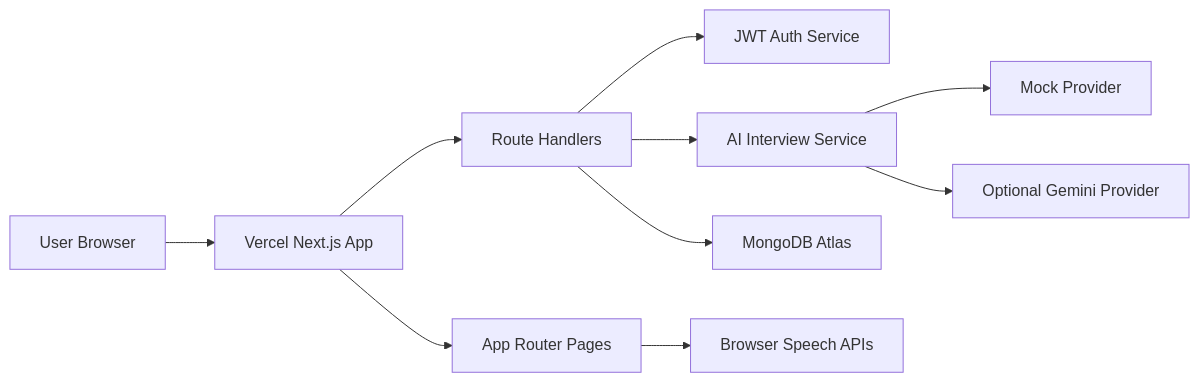
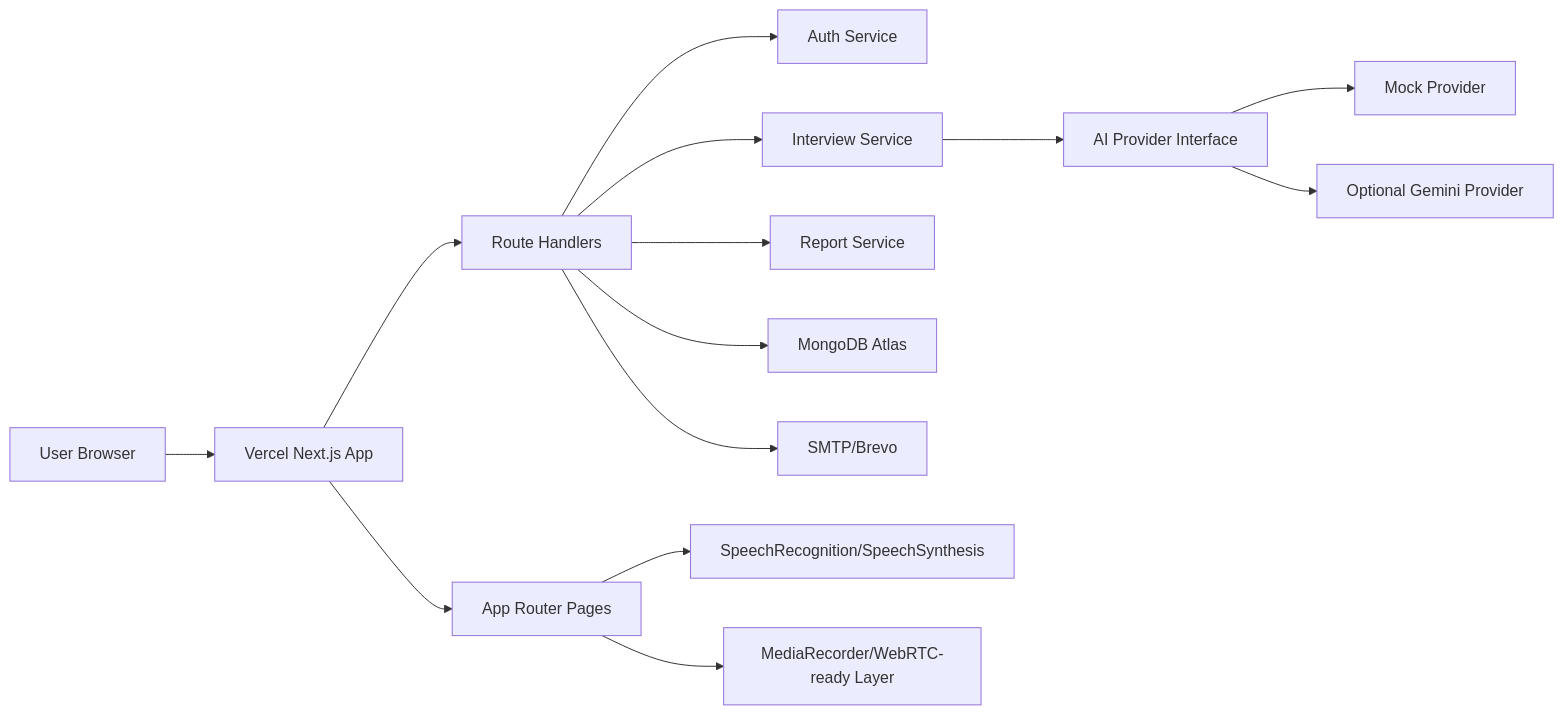
One commit to Rajtiwari0202/prepwise-ai changed the diagram in README.md. Above: the diagram before and after it, drawn with Mermaid. The commit also changed other lines of this file and 9 other files, not shown here.

````diff
--- a/README.md
+++ b/README.md
@@ -107,12 +135,16 @@
 ```mermaid
 flowchart LR
-  User["User Browser"] --> App["Vercel Next.js App"]
+  Browser["User Browser"] --> App["Vercel Next.js App"]
   App --> Pages["App Router Pages"]
   App --> API["Route Handlers"]
-  API --> Auth["JWT Auth Service"]
-  API --> AI["AI Interview Service"]
+  API --> Auth["Auth Service"]
+  API --> Interview["Interview Service"]
+  API --> Reports["Report Service"]
+  Interview --> AI["AI Provider Interface"]
   AI --> Mock["Mock Provider"]
   AI --> Gemini["Optional Gemini Provider"]
-  API --> DB["MongoDB Atlas"]
-  Pages --> Voice["Browser Speech APIs"]
+  API --> Mongo["MongoDB Atlas"]
+  API --> SMTP["SMTP/Brevo"]
+  Pages --> Speech["SpeechRecognition/SpeechSynthesis"]
+  Pages --> Media["MediaRecorder/WebRTC-ready Layer"]
 ```
````
